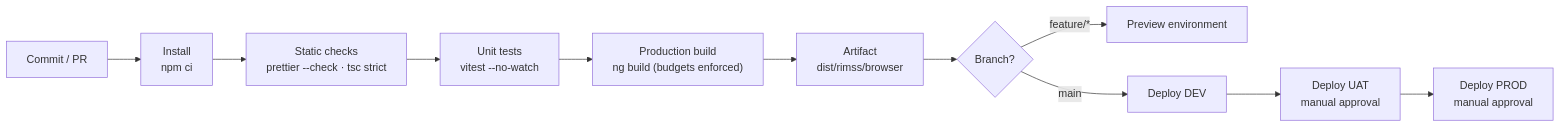
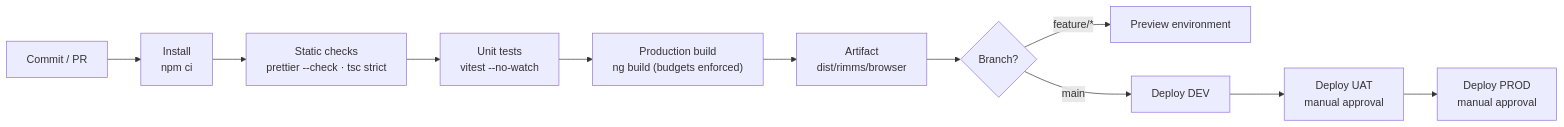
One commit to gauravmehta27/rimss changed the diagram in docs/02-build-strategy.md. Above: the diagram before and after it, drawn with Mermaid. The commit also changed other lines of this file and 23 other files, not shown here.

````diff
--- a/docs/02-build-strategy.md
+++ b/docs/02-build-strategy.md
@@ -5,13 +5,13 @@
 ```mermaid
 flowchart LR
   A["Commit / PR"] --> B["Install<br/>npm ci"]
   B --> C["Static checks<br/>prettier --check · tsc strict"]
   C --> D["Unit tests<br/>vitest --no-watch"]
   D --> E["Production build<br/>ng build (budgets enforced)"]
-  E --> F["Artifact<br/>dist/rimss/browser"]
+  E --> F["Artifact<br/>dist/rimms/browser"]
   F --> G{"Branch?"}
   G -- "feature/*" --> H["Preview environment"]
   G -- "main" --> I["Deploy DEV"]
   I --> J["Deploy UAT<br/>manual approval"]
   J --> K["Deploy PROD<br/>manual approval"]
 ```
````
